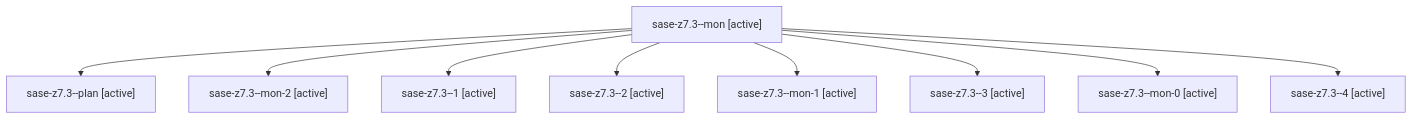
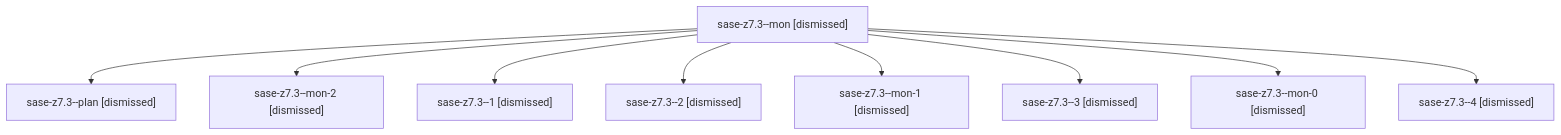
Before and after one commit to sase-org/sase--agents: the diagram in sessions/bbugyi200.athena.sase-z7.3.md, drawn with Mermaid. The commit also changed other lines of this file and 157 other files, not shown here.

````diff
--- a/sessions/bbugyi200.athena.sase-z7.3.md
+++ b/sessions/bbugyi200.athena.sase-z7.3.md
@@ -9,20 +9,20 @@
 ```mermaid
 flowchart TD
-  n0["sase-z7.3--mon [active]"]
-  n1["sase-z7.3--plan [active]"]
+  n0["sase-z7.3--mon [dismissed]"]
+  n1["sase-z7.3--plan [dismissed]"]
   n0 --> n1
-  n2["sase-z7.3--mon-2 [active]"]
+  n2["sase-z7.3--mon-2 [dismissed]"]
   n0 --> n2
-  n3["sase-z7.3--1 [active]"]
+  n3["sase-z7.3--1 [dismissed]"]
   n0 --> n3
-  n4["sase-z7.3--2 [active]"]
+  n4["sase-z7.3--2 [dismissed]"]
   n0 --> n4
-  n5["sase-z7.3--mon-1 [active]"]
+  n5["sase-z7.3--mon-1 [dismissed]"]
   n0 --> n5
-  n6["sase-z7.3--3 [active]"]
+  n6["sase-z7.3--3 [dismissed]"]
   n0 --> n6
-  n7["sase-z7.3--mon-0 [active]"]
+  n7["sase-z7.3--mon-0 [dismissed]"]
   n0 --> n7
-  n8["sase-z7.3--4 [active]"]
+  n8["sase-z7.3--4 [dismissed]"]
   n0 --> n8
 ```
````
